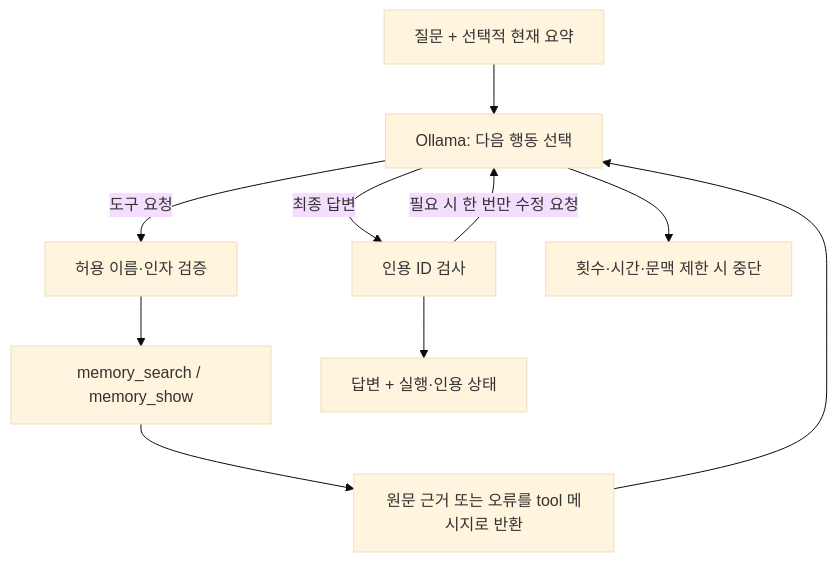
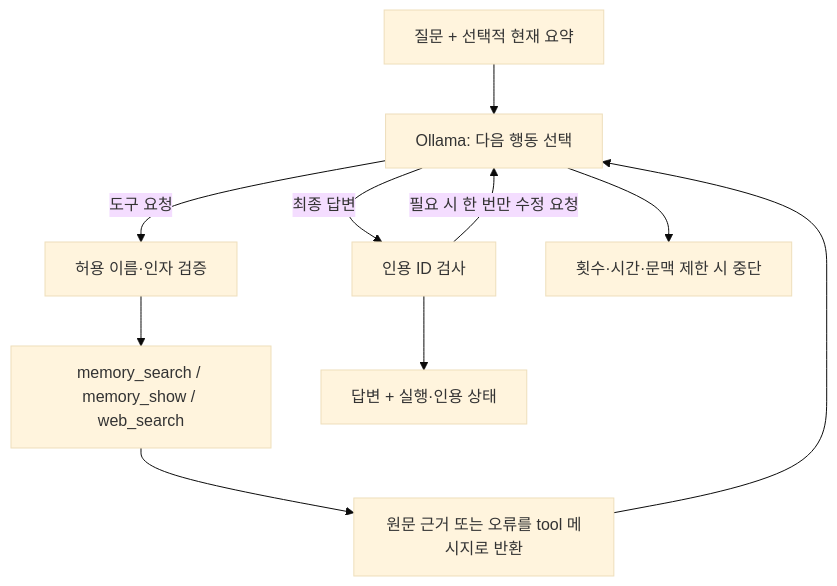
Before and after one commit to yuchanahn/travel-agent: the diagram in docs/agentic-rag.md, drawn with Mermaid (base theme). The commit also changed other lines of this file and 16 other files, not shown here.

Commit message:
feat: add optional web search tool with source tracking and live evaluation

````diff
--- a/docs/agentic-rag.md
+++ b/docs/agentic-rag.md
@@ -7,12 +7,12 @@
 ```mermaid
 flowchart TD
     U["질문 + 선택적 현재 요약"] --> M["Ollama: 다음 행동 선택"]
     M -->|"도구 요청"| V["허용 이름·인자 검증"]
-    V --> S["memory_search / memory_show"]
+    V --> S["memory_search / memory_show / web_search"]
     S --> T["원문 근거 또는 오류를 tool 메시지로 반환"]
     T --> M
     M -->|"최종 답변"| C["인용 ID 검사"]
     C -->|"필요 시 한 번만 수정 요청"| M
     C --> R["답변 + 실행·인용 상태"]
     M --> L["횟수·시간·문맥 제한 시 중단"]
 ```
````
